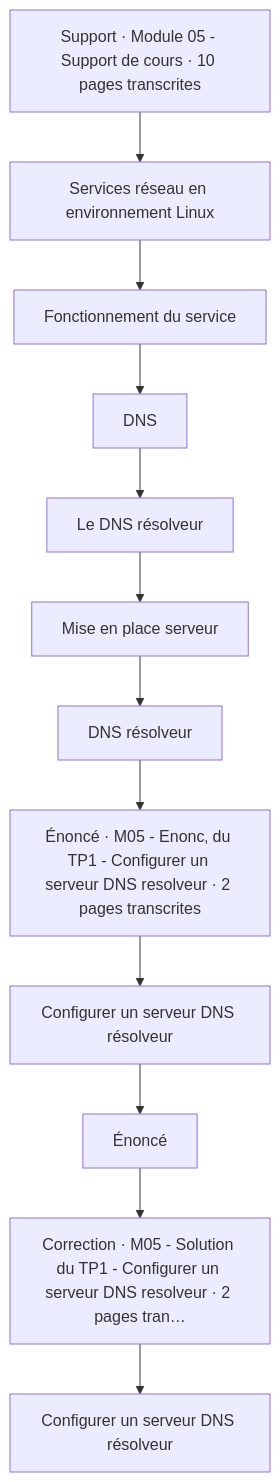
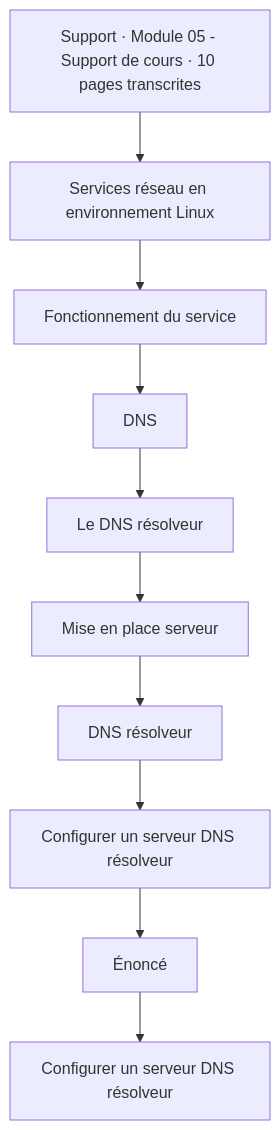
One commit to sk34pk25/tssr-cours changed the first of 5 diagrams in docs/modules/15-services-reseau-en-environnement-linux/module-05-dns-resolveur.md. Above: the diagram before and after it, drawn with Mermaid. The commit also changed other lines of this file and 108 other files, not shown here.

````diff
--- a/docs/modules/15-services-reseau-en-environnement-linux/module-05-dns-resolveur.md
+++ b/docs/modules/15-services-reseau-en-environnement-linux/module-05-dns-resolveur.md
@@ -23,26 +23,22 @@
 ```mermaid
 flowchart TD
     N1["Support · Module 05 - Support de cours · 10 pages transcrites"]
     N2["Services réseau en environnement Linux"]
     N3["Fonctionnement du service"]
     N4["DNS"]
     N5["Le DNS résolveur"]
     N6["Mise en place serveur"]
     N7["DNS résolveur"]
-    N8["Énoncé · M05 - Enonc‚ du TP1 - Configurer un serveur DNS resolveur · 2 pages transcrites"]
     N9["Configurer un serveur DNS résolveur"]
     N10["Énoncé"]
-    N11["Correction · M05 - Solution du TP1 - Configurer un serveur DNS resolveur · 2 pages tran…"]
     N12["Configurer un serveur DNS résolveur"]
     N1 --> N2
     N2 --> N3
     N3 --> N4
     N4 --> N5
     N5 --> N6
     N6 --> N7
-    N7 --> N8
-    N8 --> N9
+    N7 --> N9
     N9 --> N10
-    N10 --> N11
-    N11 --> N12
+    N10 --> N12
 ```
````
